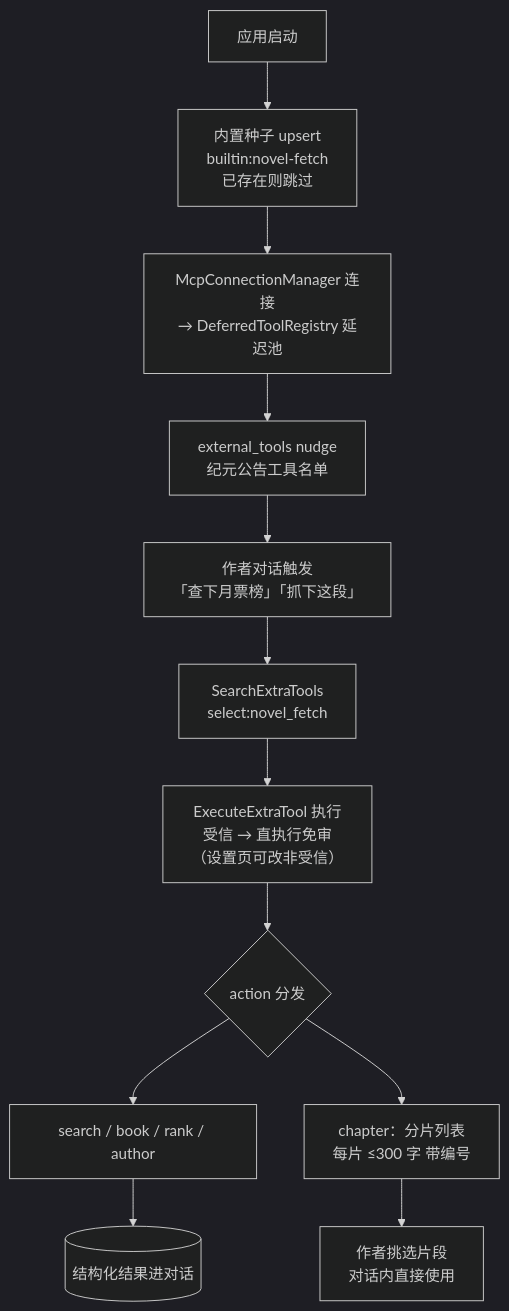
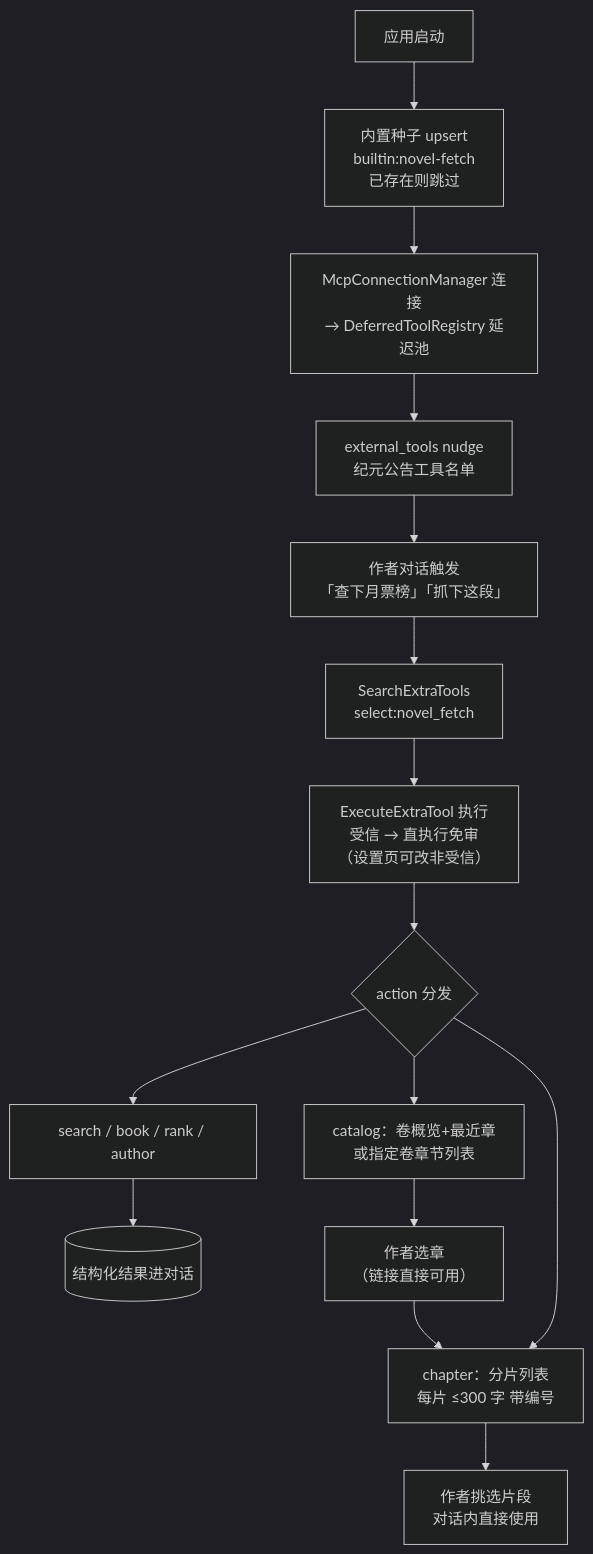
The diagram in docs/PRD/novel-fetch-外部工具.md (fanghuarunbalala/nova-writing), drawn with Mermaid (dark theme) before and after one commit. The commit also changed other lines of this file and 2 other files, not shown here.

````diff
--- a/docs/PRD/novel-fetch-外部工具.md
+++ b/docs/PRD/novel-fetch-外部工具.md
@@ -61,14 +62,17 @@
 ```mermaid
 flowchart TD
     A[应用启动] --> B[内置种子 upsert<br/>builtin:novel-fetch<br/>已存在则跳过]
     B --> C[McpConnectionManager 连接<br/>→ DeferredToolRegistry 延迟池]
     C --> D[external_tools nudge<br/>纪元公告工具名单]
     D --> E[作者对话触发<br/>「查下月票榜」「抓下这段」]
     E --> F[SearchExtraTools<br/>select:novel_fetch]
     F --> G[ExecuteExtraTool 执行<br/>受信 → 直执行免审<br/>（设置页可改非受信）]
     G --> H{action 分发}
     H --> I[search / book / rank / author]
+    H --> I2[catalog：卷概览+最近章<br/>或指定卷章节列表]
+    I --> K[(结构化结果进对话)]
+    I2 --> L2[作者选章<br/>（链接直接可用）]
+    L2 --> J
     H --> J[chapter：分片列表<br/>每片 ≤300 字 带编号]
-    I --> K[(结构化结果进对话)]
     J --> L[作者挑选片段<br/>对话内直接使用]
 ```
````
